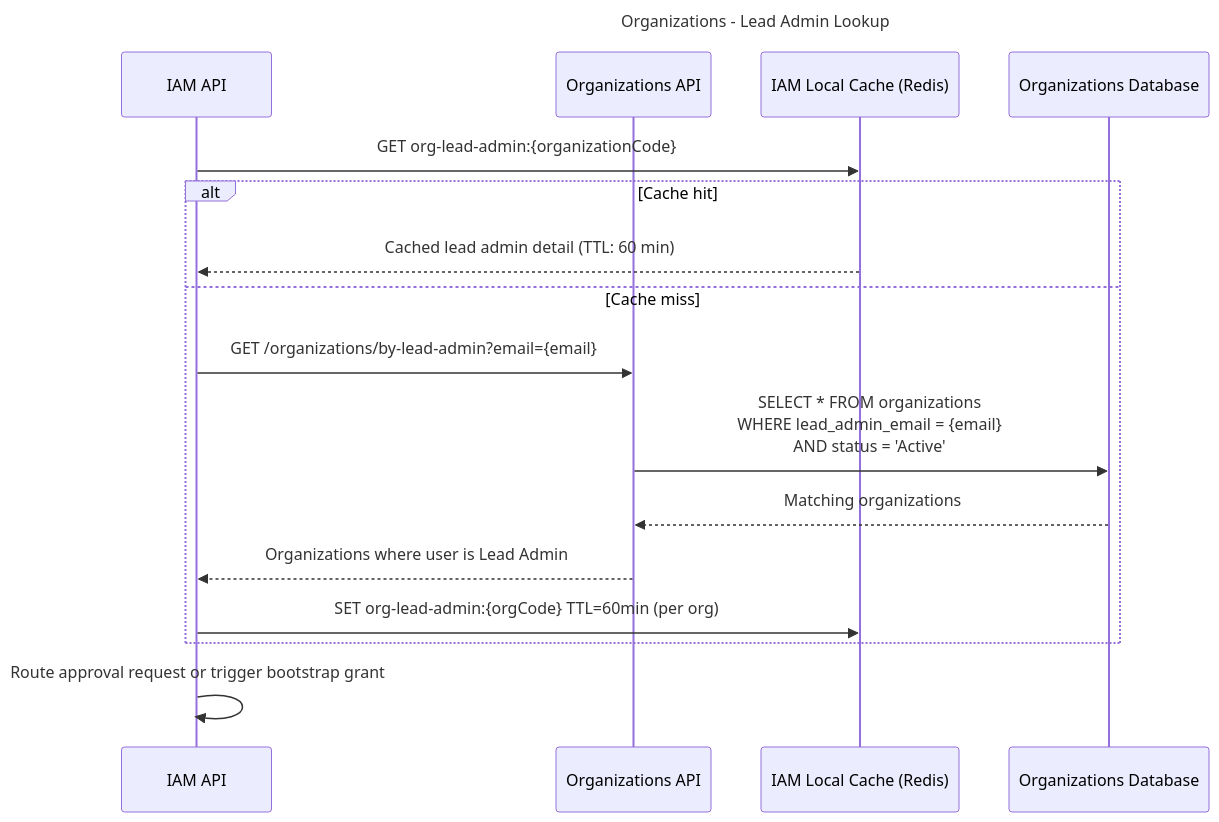
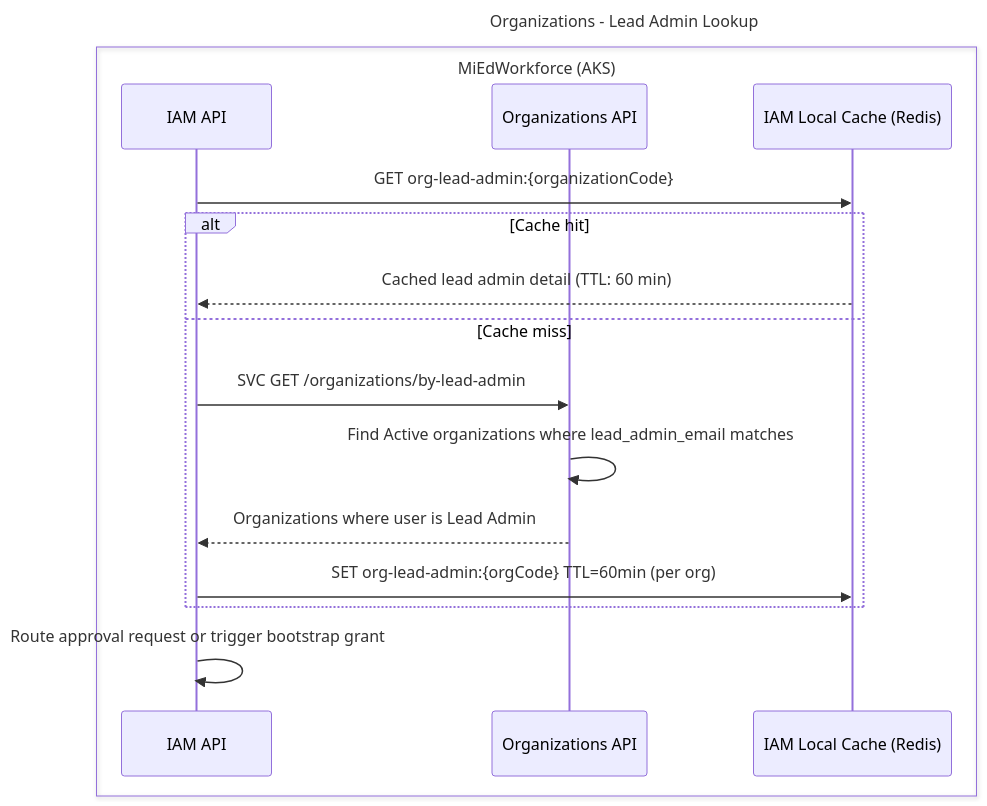
One commit to mnichols-dl/mied-design changed the fifth of 6 diagrams in working-docs/solution-areas/organizations/organizations-sequences.md. Above: the diagram before and after it, drawn with Mermaid. The commit also changed other lines of this file and 34 other files, not shown here.

Commit message:
Update sequences and perform RTM assessment

````diff
--- a/working-docs/solution-areas/organizations/organizations-sequences.md
+++ b/working-docs/solution-areas/organizations/organizations-sequences.md
@@ -241,24 +254,24 @@
 ```mermaid
 ---
 title: Organizations - Lead Admin Lookup
 ---
 sequenceDiagram
-    participant IAM as IAM API
-    participant OrgAPI as Organizations API
+    box MiEdWorkforce (AKS)
+    participant IamApi as IAM API
+    participant OrgApi as Organizations API
     participant Cache as IAM Local Cache (Redis)
-    participant OrgDB as Organizations Database
+    end
 
-    IAM->>Cache: GET org-lead-admin:{organizationCode}
+    IamApi->>Cache: GET org-lead-admin:{organizationCode}
 
     alt Cache hit
-        Cache-->>IAM: Cached lead admin detail (TTL: 60 min)
+        Cache-->>IamApi: Cached lead admin detail (TTL: 60 min)
     else Cache miss
-        IAM->>OrgAPI: GET /organizations/by-lead-admin?email={email}
-        OrgAPI->>OrgDB: SELECT * FROM organizations<br/>WHERE lead_admin_email = {email}<br/>AND status = 'Active'
-        OrgDB-->>OrgAPI: Matching organizations
-        OrgAPI-->>IAM: Organizations where user is Lead Admin
-        IAM->>Cache: SET org-lead-admin:{orgCode} TTL=60min (per org)
+        IamApi->>OrgApi: SVC GET /organizations/by-lead-admin
+        OrgApi->>OrgApi: Find Active organizations where lead_admin_email matches
+        OrgApi-->>IamApi: Organizations where user is Lead Admin
+        IamApi->>Cache: SET org-lead-admin:{orgCode} TTL=60min (per org)
     end
 
-    IAM->>IAM: Route approval request or trigger bootstrap grant
+    IamApi->>IamApi: Route approval request or trigger bootstrap grant
 ```
````
